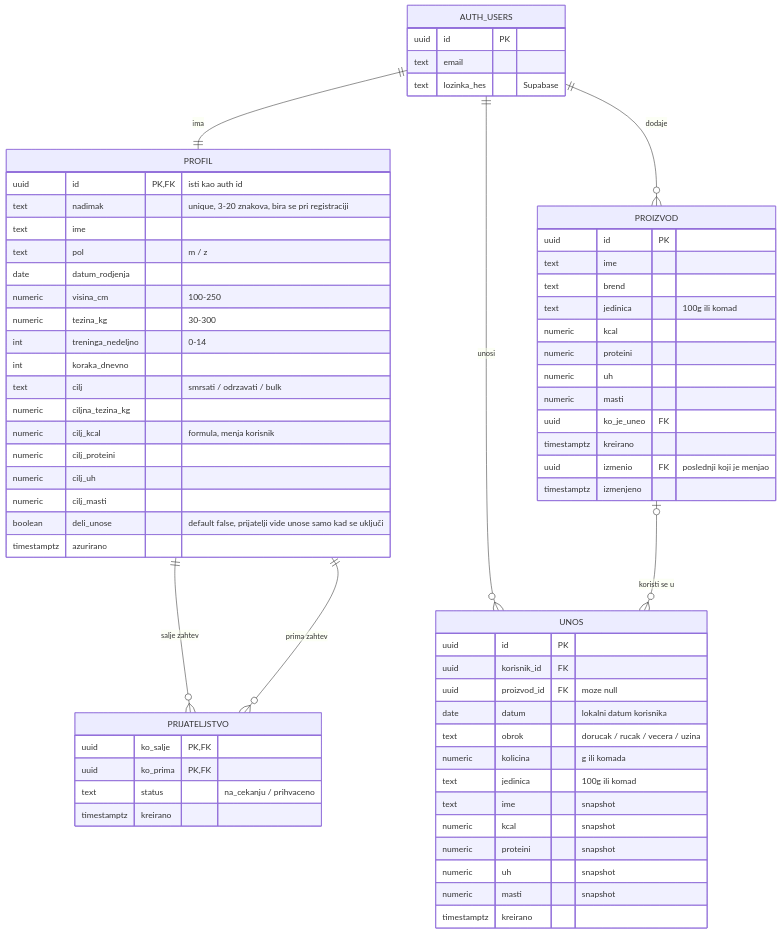
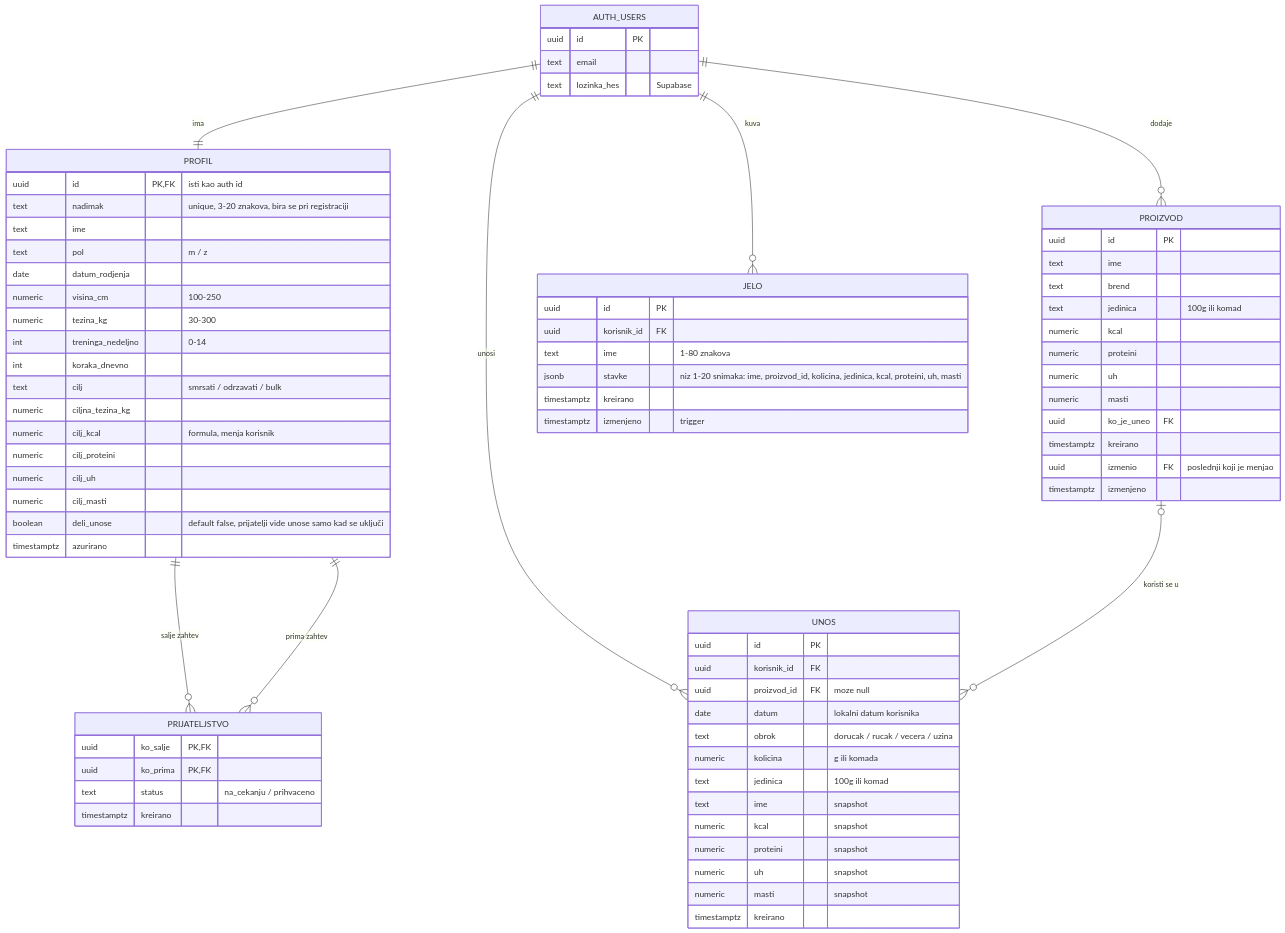
Before and after one commit to Du1eks/food-tracker: the diagram in docs/model.md, drawn with Mermaid. The commit also changed other lines of this file and 13 other files, not shown here.

````diff
--- a/docs/model.md
+++ b/docs/model.md
@@ -3,68 +3,77 @@
 ```mermaid
 erDiagram
   AUTH_USERS ||--|| PROFIL : ima
   AUTH_USERS ||--o{ UNOS : unosi
   AUTH_USERS ||--o{ PROIZVOD : dodaje
+  AUTH_USERS ||--o{ JELO : kuva
   PROIZVOD |o--o{ UNOS : "koristi se u"
   AUTH_USERS {
     uuid id PK
     text email
     text lozinka_hes "Supabase"
   }
   PROFIL {
     uuid id PK,FK "isti kao auth id"
     text nadimak "unique, 3-20 znakova, bira se pri registraciji"
     text ime
     text pol "m / z"
     date datum_rodjenja
     numeric visina_cm "100-250"
     numeric tezina_kg "30-300"
     int treninga_nedeljno "0-14"
     int koraka_dnevno
     text cilj "smrsati / odrzavati / bulk"
     numeric ciljna_tezina_kg
     numeric cilj_kcal "formula, menja korisnik"
     numeric cilj_proteini
     numeric cilj_uh
     numeric cilj_masti
     boolean deli_unose "default false, prijatelji vide unose samo kad se uključi"
     timestamptz azurirano
   }
   PROIZVOD {
     uuid id PK
     text ime
     text brend
     text jedinica "100g ili komad"
     numeric kcal
     numeric proteini
     numeric uh
     numeric masti
     uuid ko_je_uneo FK
     timestamptz kreirano
     uuid izmenio FK "poslednji koji je menjao"
     timestamptz izmenjeno
   }
   PROFIL ||--o{ PRIJATELJSTVO : "salje zahtev"
   PROFIL ||--o{ PRIJATELJSTVO : "prima zahtev"
   PRIJATELJSTVO {
     uuid ko_salje PK,FK
     uuid ko_prima PK,FK
     text status "na_cekanju / prihvaceno"
     timestamptz kreirano
   }
   UNOS {
     uuid id PK
     uuid korisnik_id FK
     uuid proizvod_id FK "moze null"
     date datum "lokalni datum korisnika"
     text obrok "dorucak / rucak / vecera / uzina"
     numeric kolicina "g ili komada"
     text jedinica "100g ili komad"
     text ime "snapshot"
     numeric kcal "snapshot"
     numeric proteini "snapshot"
     numeric uh "snapshot"
     numeric masti "snapshot"
     timestamptz kreirano
   }
+  JELO {
+    uuid id PK
+    uuid korisnik_id FK
+    text ime "1-80 znakova"
+    jsonb stavke "niz 1-20 snimaka: ime, proizvod_id, kolicina, jedinica, kcal, proteini, uh, masti"
+    timestamptz kreirano
+    timestamptz izmenjeno "trigger"
+  }
 ```
````
